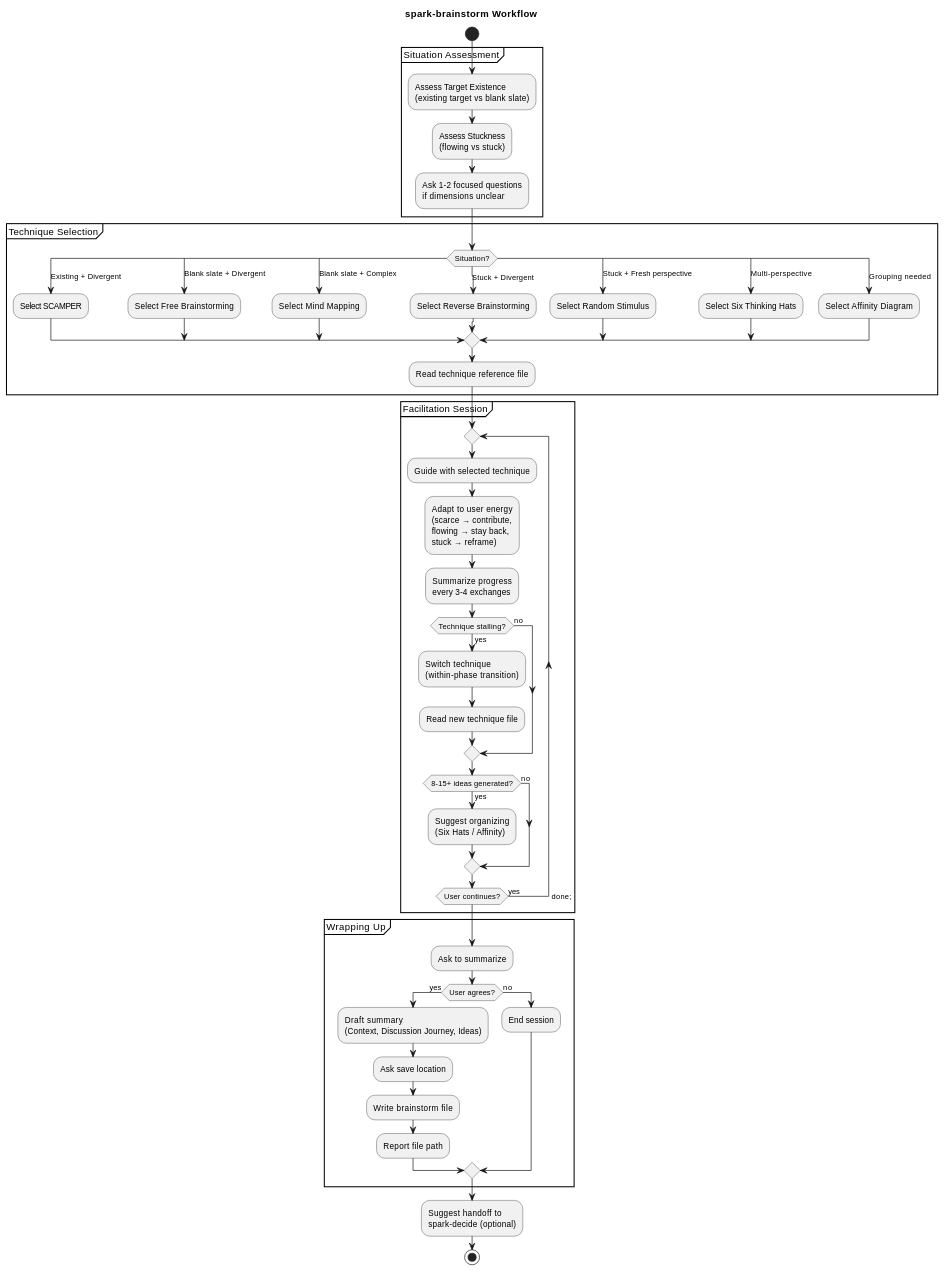
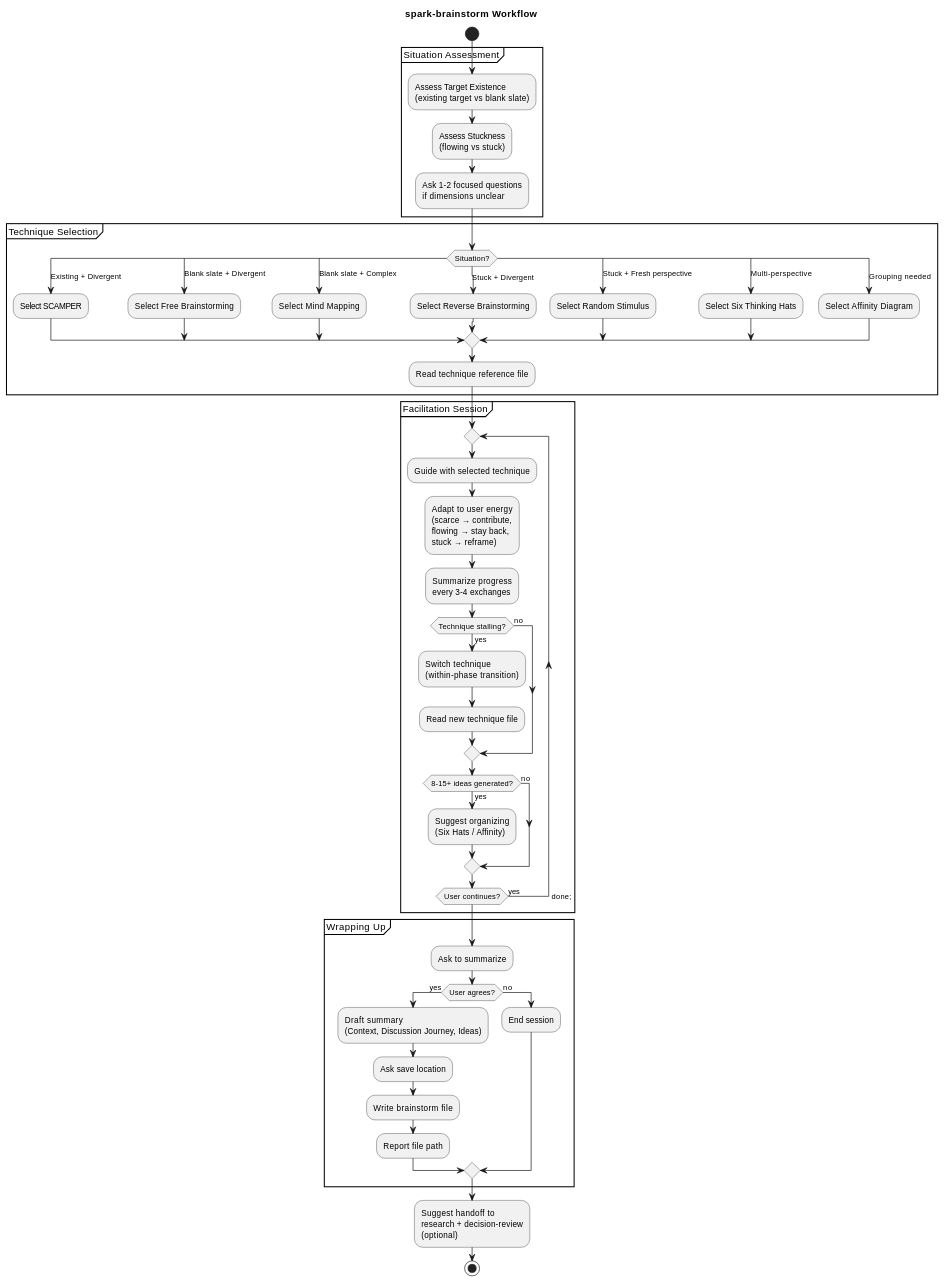
Before and after one commit to studykit/studykit-marketplace: the diagram in plugins/a4/skills/spark-brainstorm/README.md, drawn with PlantUML. The commit also changed 17 other files, not shown here.

First line of the commit message:
refactor(a4): split /a4:spark-decide into /a4:research and /a4:decision-review

````diff
--- a/plugins/a4/skills/spark-brainstorm/README.md
+++ b/plugins/a4/skills/spark-brainstorm/README.md
@@ -12,78 +12,79 @@
 ```plantuml
 @startuml
 title spark-brainstorm Workflow
 
 start
 
 partition "Situation Assessment" {
   :Assess Target Existence
   (existing target vs blank slate);
   :Assess Stuckness
   (flowing vs stuck);
   :Ask 1-2 focused questions
   if dimensions unclear;
 }
 
 partition "Technique Selection" {
   switch (Situation?)
   case (Existing + Divergent)
     :Select SCAMPER;
   case (Blank slate + Divergent)
     :Select Free Brainstorming;
   case (Blank slate + Complex)
     :Select Mind Mapping;
   case (Stuck + Divergent)
     :Select Reverse Brainstorming;
   case (Stuck + Fresh perspective)
     :Select Random Stimulus;
   case (Multi-perspective)
     :Select Six Thinking Hats;
   case (Grouping needed)
     :Select Affinity Diagram;
   endswitch
   :Read technique reference file;
 }
 
 partition "Facilitation Session" {
   repeat
     :Guide with selected technique;
     :Adapt to user energy
     (scarce → contribute,
     flowing → stay back,
     stuck → reframe);
     :Summarize progress
     every 3-4 exchanges;
     if (Technique stalling?) then (yes)
       :Switch technique
       (within-phase transition);
       :Read new technique file;
     else (no)
     endif
     if (8-15+ ideas generated?) then (yes)
       :Suggest organizing
       (Six Hats / Affinity);
     else (no)
     endif
   repeat while (User continues?) is (yes) ->done;
 }
 
 partition "Wrapping Up" {
   :Ask to summarize;
   if (User agrees?) then (yes)
     :Draft summary
     (Context, Discussion Journey, Ideas);
     :Ask save location;
     :Write brainstorm file;
     :Report file path;
   else (no)
     :End session;
   endif
 }
 
 :Suggest handoff to
-spark-decide (optional);
+research + decision-review
+(optional);
 
 stop
 
 @enduml
 ```
````
